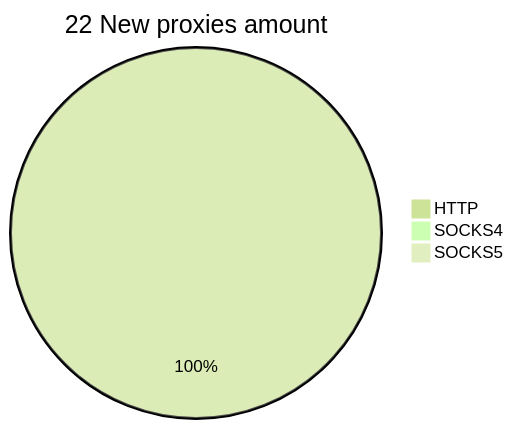
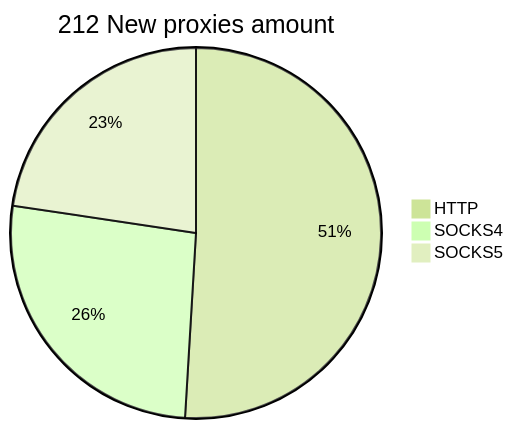
One commit to cutipu/proxylist changed the second of 2 diagrams in README.md. Above: the diagram before and after it, drawn with Mermaid (forest theme). The commit also changed other lines of this file, not shown here.

````diff
--- a/README.md
+++ b/README.md
@@ -10,6 +10,6 @@
 ```mermaid
-pie title 22 New proxies amount
-    "HTTP" : 155
-    "SOCKS4" : 0
-    "SOCKS5" : 0
+pie title 212 New proxies amount
+    "HTTP" : 108
+    "SOCKS4" : 56
+    "SOCKS5" : 48
 ```
````
